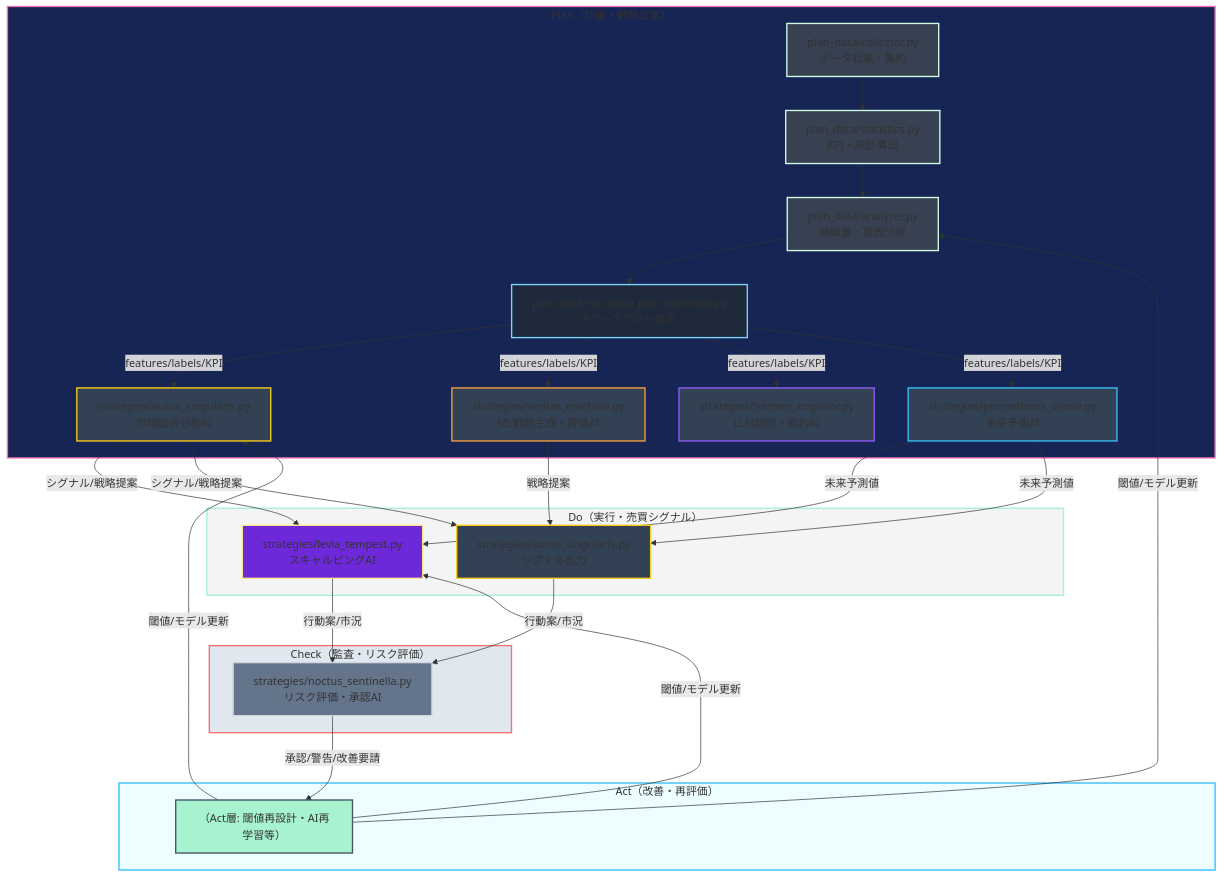
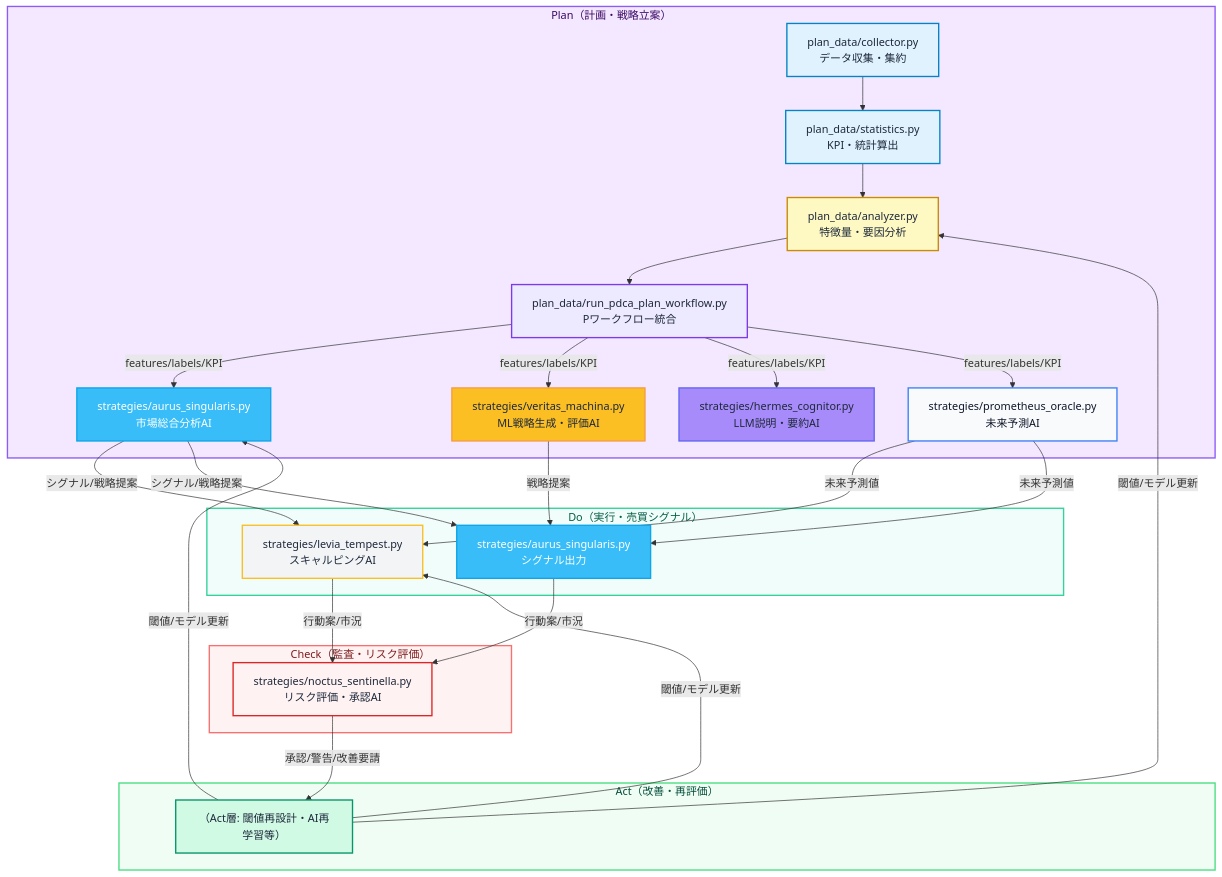
Before and after one commit to Noctria/noctria_kingdom: the diagram in docs/最終形態.mmd, drawn with Mermaid.

```diff
--- a/docs/最終形態.mmd
+++ b/docs/最終形態.mmd
@@ -1,84 +1,78 @@
 flowchart TD
 
-%% --- Plan層（計画・分析・未来予測） ---
+%% --- Plan層（計画・戦略立案） ---
 subgraph P[Plan（計画・戦略立案）]
     PLAN_COLLECTOR["plan_data/collector.py<br>データ収集・集約"]
     PLAN_STATS["plan_data/statistics.py<br>KPI・統計算出"]
     PLAN_ANALYZER["plan_data/analyzer.py<br>特徴量・要因分析"]
     PLAN_WORKFLOW["plan_data/run_pdca_plan_workflow.py<br>Pワークフロー統合"]
 
     AURUS["strategies/aurus_singularis.py<br>市場総合分析AI"]
     VERITAS["strategies/veritas_machina.py<br>ML戦略生成・評価AI"]
     HERMES["strategies/hermes_cognitor.py<br>LLM説明・要約AI"]
     PROMETHEUS["strategies/prometheus_oracle.py<br>未来予測AI"]
 
     PLAN_COLLECTOR --> PLAN_STATS
     PLAN_STATS --> PLAN_ANALYZER
     PLAN_ANALYZER --> PLAN_WORKFLOW
     PLAN_WORKFLOW -->|features/labels/KPI| AURUS
     PLAN_WORKFLOW -->|features/labels/KPI| VERITAS
     PLAN_WORKFLOW -->|features/labels/KPI| HERMES
     PLAN_WORKFLOW -->|features/labels/KPI| PROMETHEUS
-
-    %% 各AIはPlan層のサブノードとして並列
 end
 
 %% --- Do層（実行・意思決定） ---
 subgraph D[Do（実行・売買シグナル）]
     LEVIA["strategies/levia_tempest.py<br>スキャルピングAI"]
     AURUS_DO["strategies/aurus_singularis.py<br>シグナル出力"]
-    %% PlanのAURUSとDoのAURUSを別ノードで示す（用途ごと）
 end
 
 %% --- Check層（リスク・監査） ---
 subgraph C[Check（監査・リスク評価）]
     NOCTUS["strategies/noctus_sentinella.py<br>リスク評価・承認AI"]
 end
 
 %% --- Act層（改善・閾値修正・学習） ---
 subgraph A[Act（改善・再評価）]
-    %% Act層は今回は省略または今後設計
     ACT_PLACEHOLDER["（Act層: 閾値再設計・AI再学習等）"]
 end
 
 %% --- データ/情報フロー ---
-%% PlanからDoへ（戦略シグナル・売買提案）
 AURUS -- シグナル/戦略提案 --> LEVIA
 AURUS -- シグナル/戦略提案 --> AURUS_DO
 VERITAS -- 戦略提案 --> AURUS_DO
 PROMETHEUS -- 未来予測値 --> LEVIA
 PROMETHEUS -- 未来予測値 --> AURUS_DO
 
-%% DoからCheckへ（行動案＋市場データ）
 LEVIA -- 行動案/市況 --> NOCTUS
 AURUS_DO -- 行動案/市況 --> NOCTUS
 
-%% CheckからActへ（承認or警告）
 NOCTUS -- 承認/警告/改善要請 --> ACT_PLACEHOLDER
 
-%% ActからPlan/Do層へ（閾値修正・再学習）
 ACT_PLACEHOLDER -- 閾値/モデル更新 --> PLAN_ANALYZER
 ACT_PLACEHOLDER -- 閾値/モデル更新 --> AURUS
 ACT_PLACEHOLDER -- 閾値/モデル更新 --> LEVIA
 
-%% --- GUI/王Noctriaとの連携ノード（省略可） ---
-%% 例: GUI/王がすべてのAIを統治・最終意思決定
+%% --- ノード色・フォント色調整 ---
+style PLAN_COLLECTOR fill:#e0f2fe,stroke:#0284c7,stroke-width:2px,color:#1e293b
+style PLAN_STATS fill:#e0f2fe,stroke:#0284c7,stroke-width:2px,color:#1e293b
+style PLAN_ANALYZER fill:#fef9c3,stroke:#ca8a04,stroke-width:2px,color:#1e293b
+style PLAN_WORKFLOW fill:#ede9fe,stroke:#7c3aed,stroke-width:2px,color:#1e293b
 
-style PLAN_COLLECTOR fill:#374151,stroke:#d1fae5,stroke-width:2px
-style PLAN_STATS fill:#374151,stroke:#d1fae5,stroke-width:2px
-style PLAN_ANALYZER fill:#374151,stroke:#d1fae5,stroke-width:2px
-style PLAN_WORKFLOW fill:#1e293b,stroke:#7dd3fc,stroke-width:2px
-style AURUS fill:#334155,stroke:#facc15,stroke-width:2px
-style VERITAS fill:#334155,stroke:#f59e42,stroke-width:2px
-style HERMES fill:#334155,stroke:#8b5cf6,stroke-width:2px
-style PROMETHEUS fill:#334155,stroke:#38bdf8,stroke-width:2px
-style LEVIA fill:#6d28d9,stroke:#fde68a,stroke-width:2px
-style AURUS_DO fill:#334155,stroke:#facc15,stroke-width:2px
-style NOCTUS fill:#64748b,stroke:#d1d5db,stroke-width:2px
-style ACT_PLACEHOLDER fill:#a7f3d0,stroke:#475569,stroke-width:2px
+style AURUS fill:#38bdf8,stroke:#0ea5e9,stroke-width:2px,color:#fff
+style VERITAS fill:#fbbf24,stroke:#f59e42,stroke-width:2px,color:#1e293b
+style HERMES fill:#a78bfa,stroke:#6366f1,stroke-width:2px,color:#1e293b
+style PROMETHEUS fill:#f9fafb,stroke:#3b82f6,stroke-width:2px,color:#0f172a
+
+style LEVIA fill:#f3f4f6,stroke:#fbbf24,stroke-width:2px,color:#1e293b
+style AURUS_DO fill:#38bdf8,stroke:#0ea5e9,stroke-width:2px,color:#fff
+
+style NOCTUS fill:#fef2f2,stroke:#dc2626,stroke-width:2px,color:#1e293b
+
+style ACT_PLACEHOLDER fill:#d1fae5,stroke:#059669,stroke-width:2px,color:#1e293b
 
 %% --- サブグラフラベル色分け ---
-style P fill:#172554,stroke:#f472b6,stroke-width:2px
-style D fill:#f3f4f6,stroke:#a7f3d0,stroke-width:2px
-style C fill:#e0e7ef,stroke:#f87171,stroke-width:2px
-style A fill:#ecfeff,stroke:#38bdf8,stroke-width:2px
+style P fill:#f3e8ff,stroke:#8b5cf6,stroke-width:2px,color:#3b0764
+style D fill:#f0fdfa,stroke:#34d399,stroke-width:2px,color:#065f46
+style C fill:#fef2f2,stroke:#f87171,stroke-width:2px,color:#7f1d1d
+style A fill:#f0fdf4,stroke:#4ade80,stroke-width:2px,color:#064e3b
```
